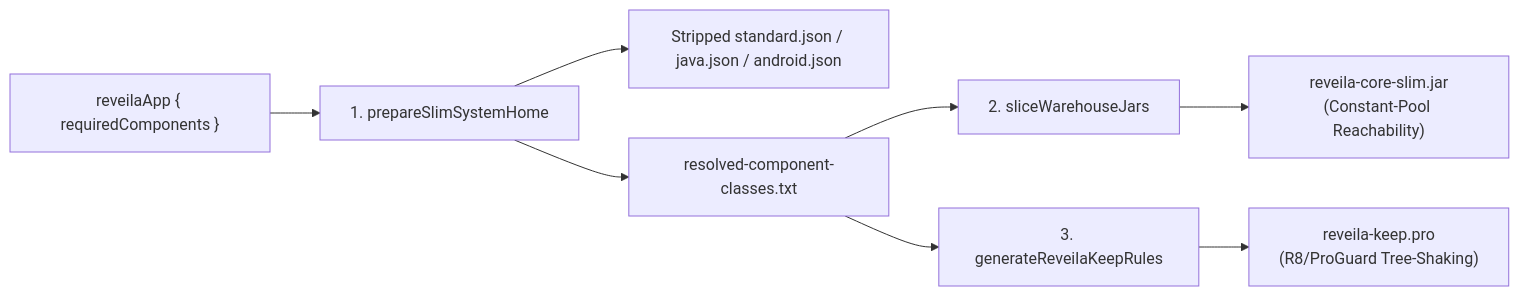
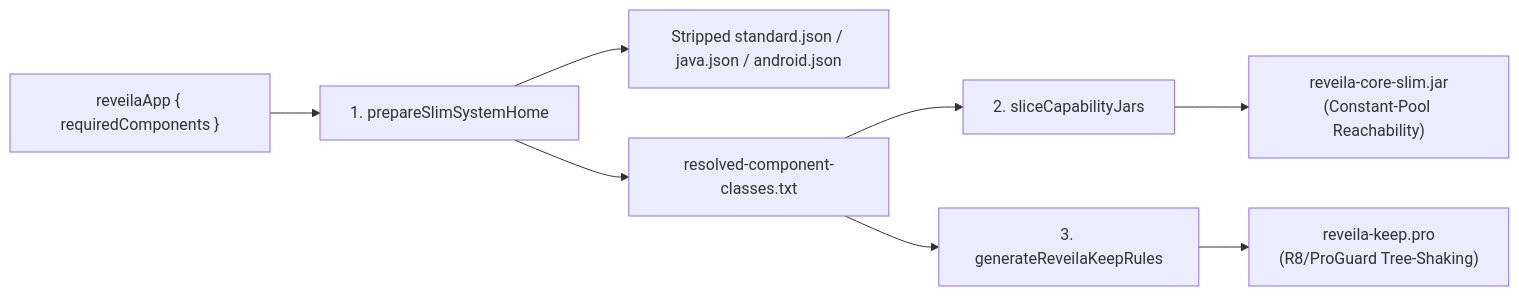
Before and after one commit to cc2lee/Reveila: the second of 2 diagrams in memory-bank/adr/0021 Multi-Platform App Architecture and Dev Guide.md, drawn with Mermaid. The commit also changed other lines of this file and 16 other files, not shown here.

````diff
--- a/memory-bank/adr/0021 Multi-Platform App Architecture and Dev Guide.md
+++ b/memory-bank/adr/0021 Multi-Platform App Architecture and Dev Guide.md
@@ -129,10 +129,10 @@
 ```mermaid
 flowchart LR
     DSL["reveilaApp { requiredComponents }"] --> T1["1. prepareSlimSystemHome"]
     T1 --> Manifests["Stripped standard.json / java.json / android.json"]
     T1 --> ClassList["resolved-component-classes.txt"]
-    ClassList --> T2["2. sliceWarehouseJars"]
+    ClassList --> T2["2. sliceCapabilityJars"]
     ClassList --> T3["3. generateReveilaKeepRules"]
     T2 --> SlimJar["reveila-core-slim.jar\n(Constant-Pool Reachability)"]
     T3 --> KeepPro["reveila-keep.pro\n(R8/ProGuard Tree-Shaking)"]
 ```
````
